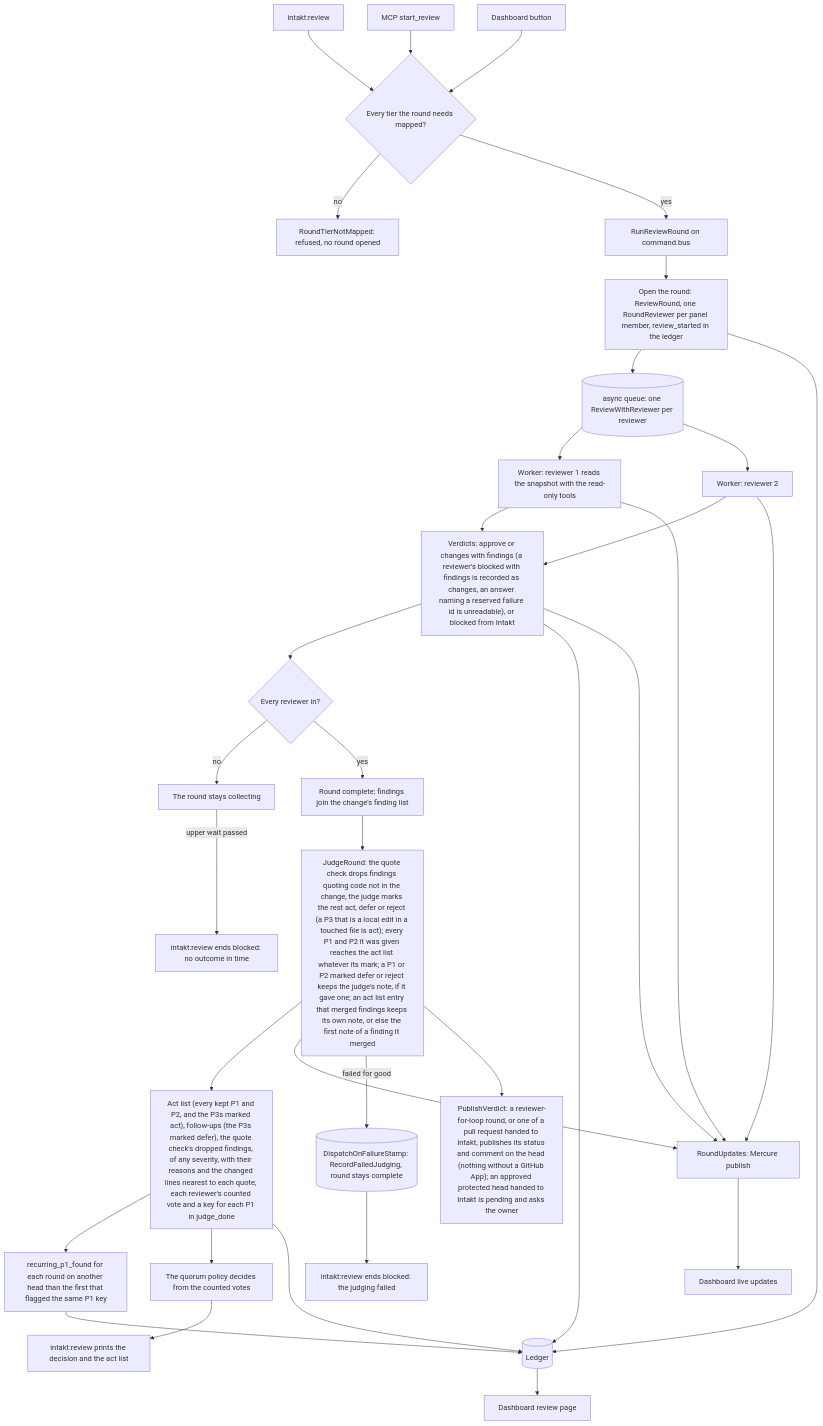
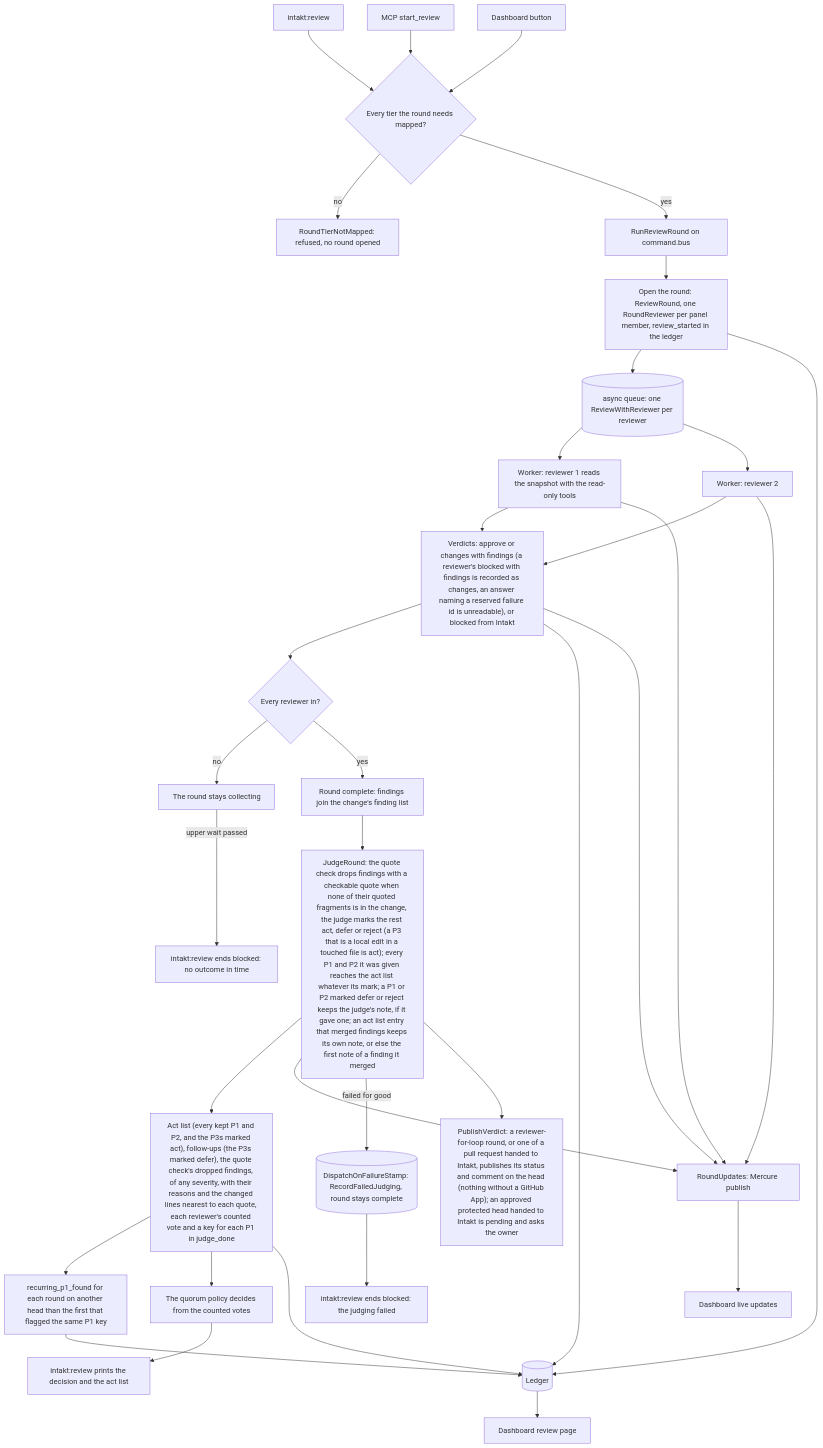
The diagram in docs/architecture/review-flow.md (shinyredapples/intakt), drawn with Mermaid before and after one commit. The commit also changed other lines of this file and 3 other files, not shown here.

First line of the commit message:
docs: correct the check job's merge of main and the quote check's wording

````diff
--- a/docs/architecture/review-flow.md
+++ b/docs/architecture/review-flow.md
@@ -18,35 +18,35 @@
 ```mermaid
 flowchart TD
     cli["intakt:review"] --> start
     mcp["MCP start_review"] --> start
     btn["Dashboard button"] --> start
     start{"Every tier the round needs mapped?"} -->|no| refused["RoundTierNotMapped: refused, no round opened"]
     start -->|yes| run["RunReviewRound on command.bus"] --> open["Open the round: ReviewRound, one RoundReviewer per panel member, review_started in the ledger"]
     open --> queue[("async queue: one ReviewWithReviewer per reviewer")]
     queue --> w1["Worker: reviewer 1 reads the snapshot with the read-only tools"]
     queue --> w2["Worker: reviewer 2"]
     w1 --> verdicts["Verdicts: approve or changes with findings (a reviewer's blocked with findings is recorded as changes, an answer naming a reserved failure id is unreadable), or blocked from Intakt"]
     w2 --> verdicts
     verdicts --> complete{"Every reviewer in?"}
     complete -->|no| wait["The round stays collecting"]
     complete -->|yes| collected["Round complete: findings join the change's finding list"]
-    collected --> judge["JudgeRound: the quote check drops findings quoting code not in the change, the judge marks the rest act, defer or reject (a P3 that is a local edit in a touched file is act); every P1 and P2 it was given reaches the act list whatever its mark; a P1 or P2 marked defer or reject keeps the judge's note, if it gave one; an act list entry that merged findings keeps its own note, or else the first note of a finding it merged"]
+    collected --> judge["JudgeRound: the quote check drops findings with a checkable quote when none of their quoted fragments is in the change, the judge marks the rest act, defer or reject (a P3 that is a local edit in a touched file is act); every P1 and P2 it was given reaches the act list whatever its mark; a P1 or P2 marked defer or reject keeps the judge's note, if it gave one; an act list entry that merged findings keeps its own note, or else the first note of a finding it merged"]
     judge --> act["Act list (every kept P1 and P2, and the P3s marked act), follow-ups (the P3s marked defer), the quote check's dropped findings, of any severity, with their reasons and the changed lines nearest to each quote, each reviewer's counted vote and a key for each P1 in judge_done"]
     act --> recurring["recurring_p1_found for each round on another head than the first that flagged the same P1 key"]
     recurring --> ledger
     act --> quorum["The quorum policy decides from the counted votes"]
     act --> ledger[("Ledger")]
     open --> ledger
     verdicts --> ledger
     ledger --> dash["Dashboard review page"]
     w1 --> updates["RoundUpdates: Mercure publish"]
     w2 --> updates
     verdicts --> updates
     judge --> updates
     updates --> live["Dashboard live updates"]
     quorum --> out["intakt:review prints the decision and the act list"]
     judge -->|failed for good| failed[("DispatchOnFailureStamp: RecordFailedJudging, round stays complete")]
     failed --> outFailed["intakt:review ends blocked: the judging failed"]
     wait -->|upper wait passed| outLate["intakt:review ends blocked: no outcome in time"]
     judge --> publish["PublishVerdict: a reviewer-for-loop round, or one of a pull request handed to Intakt, publishes its status and comment on the head (nothing without a GitHub App); an approved protected head handed to Intakt is pending and asks the owner"]
 ```
````
